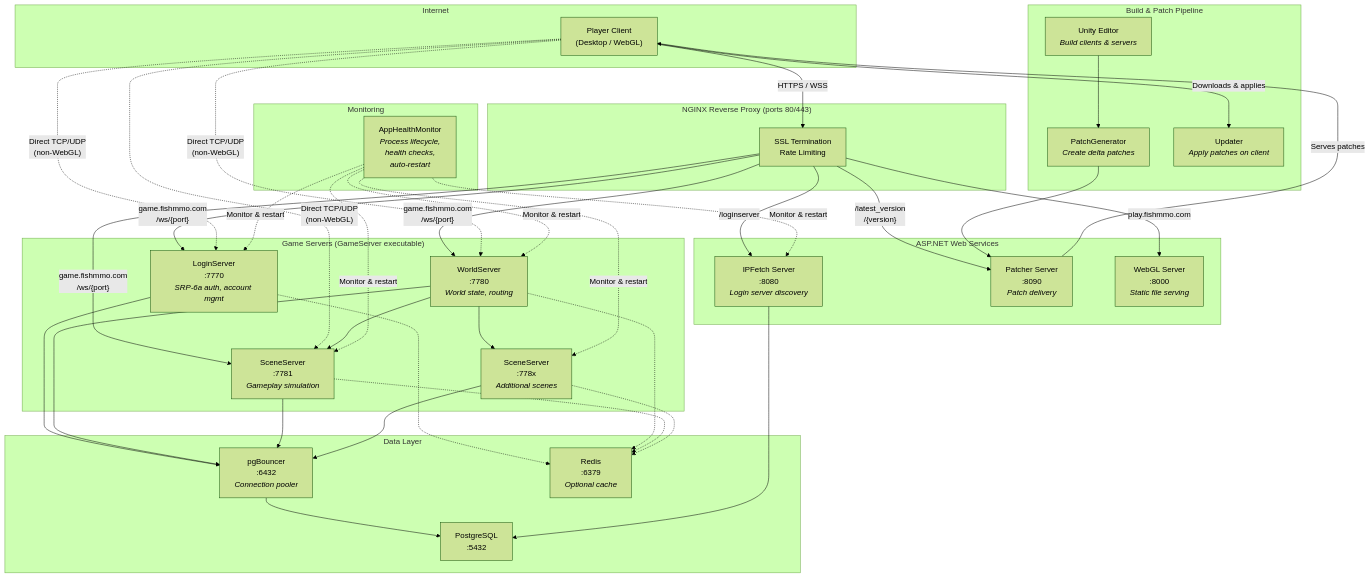
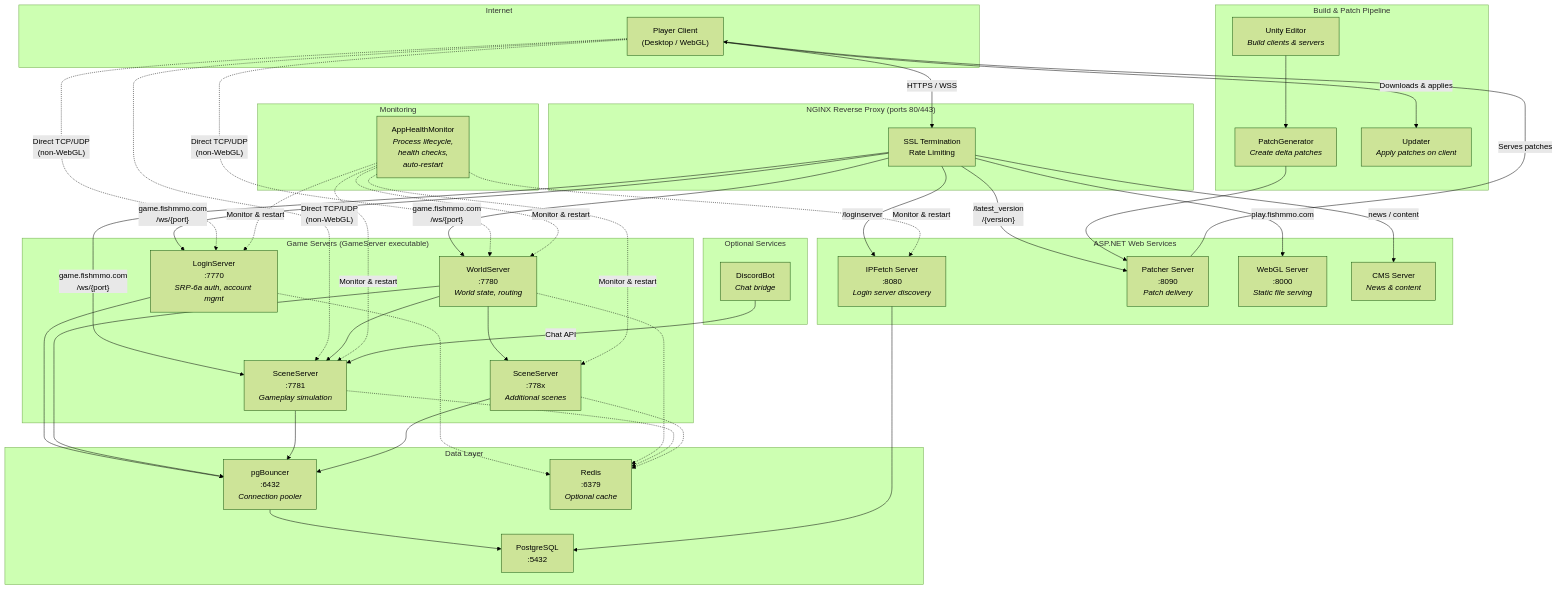
Before and after one commit to jimdroberts/FishMMO: the diagram in README.md, drawn with Mermaid (forest theme). The commit also changed other lines of this file, not shown here.

```diff
--- a/README.md
+++ b/README.md
@@ -762,6 +1444,7 @@
         IPFetch["IPFetch Server<br/>:8080<br/><i>Login server discovery</i>"]
         Patcher["Patcher Server<br/>:8090<br/><i>Patch delivery</i>"]
         WebGL["WebGL Server<br/>:8000<br/><i>Static file serving</i>"]
+        CMS["CMS Server<br/><i>News &amp; content</i>"]
     end
 
     subgraph GameServers["Game Servers (GameServer executable)"]
@@ -787,6 +1470,10 @@
         Updater["Updater<br/><i>Apply patches on client</i>"]
     end
 
+    subgraph OptionalServices["Optional Services"]
+        DiscordBot["DiscordBot<br/><i>Chat bridge</i>"]
+    end
+
     Player -->|"HTTPS / WSS"| SSL
     SSL -->|"/loginserver"| IPFetch
     SSL -->|"/latest_version<br/>/{version}"| Patcher
@@ -794,6 +1481,7 @@
     SSL -->|"game.fishmmo.com<br/>/ws/{port}"| Login
     SSL -->|"game.fishmmo.com<br/>/ws/{port}"| World
     SSL -->|"game.fishmmo.com<br/>/ws/{port}"| Scene1
+    SSL -->|"news / content"| CMS
 
     Player -.->|"Direct TCP/UDP<br/>(non-WebGL)"| Login
     Player -.->|"Direct TCP/UDP<br/>(non-WebGL)"| World
@@ -820,6 +1508,8 @@
     HealthMon -.->|"Monitor & restart"| SceneN
     HealthMon -.->|"Monitor & restart"| IPFetch
 
+    DiscordBot -->|"Chat API"| Scene1
+
     Unity --> PatchGen
     PatchGen --> Patcher
     Patcher -->|"Serves patches"| Player
```
